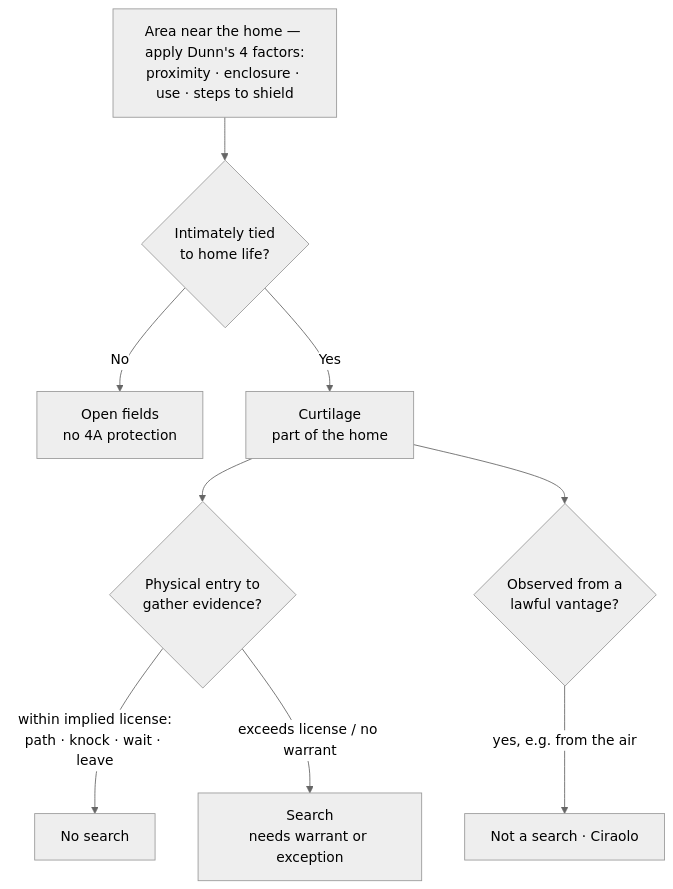
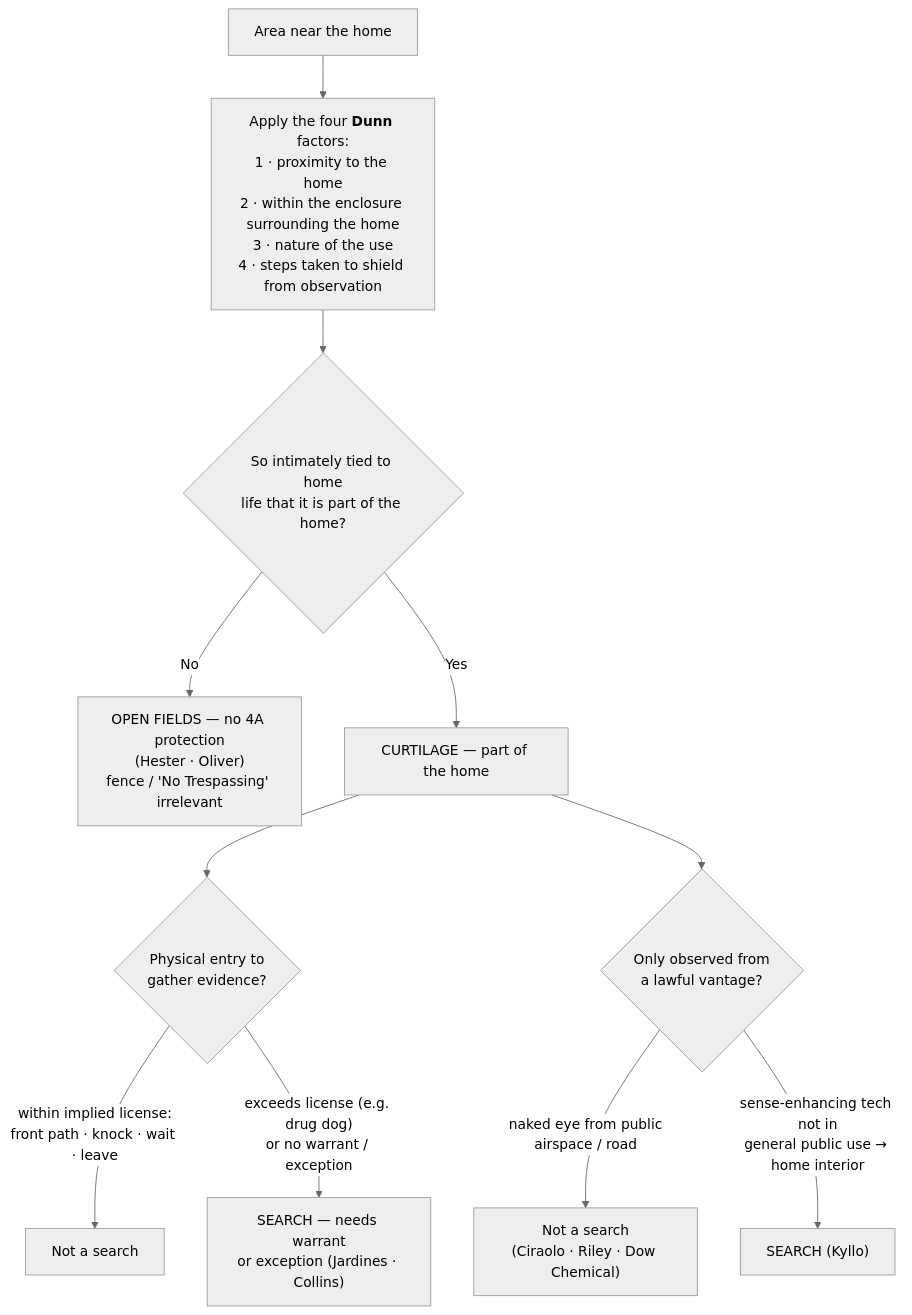
The diagram in content/3-what-is-a-search/Curtilage.md (Enragedsaturday/cssi), drawn with Mermaid (neutral theme) before and after one commit. The commit also changed other lines of this file and 4 other files, not shown here.

````diff
--- a/content/3-what-is-a-search/Curtilage.md
+++ b/content/3-what-is-a-search/Curtilage.md
@@ -74,11 +89,13 @@
 ```mermaid
 flowchart TD
-  B["Area near the home — apply Dunn's 4 factors:<br/>proximity · enclosure · use · steps to shield"] --> C{Intimately tied<br/>to home life?}
-  C -->|No| OF["Open fields<br/>no 4A protection"]
-  C -->|Yes| CU["Curtilage<br/>part of the home"]
-  CU --> E{Physical entry to<br/>gather evidence?}
-  CU --> O{Observed from a<br/>lawful vantage?}
-  E -->|"within implied license:<br/>path · knock · wait · leave"| NS["No search"]
-  E -->|"exceeds license / no warrant"| S["Search<br/>needs warrant or exception"]
-  O -->|"yes, e.g. from the air"| N2["Not a search · Ciraolo"]
+  A["Area near the home"] --> D["Apply the four <b>Dunn</b> factors:<br/>1 · proximity to the home<br/>2 · within the enclosure surrounding the home<br/>3 · nature of the use<br/>4 · steps taken to shield from observation"]
+  D --> Q{"So intimately tied to home<br/>life that it is part of the home?"}
+  Q -->|No| OF["OPEN FIELDS — no 4A protection<br/>(Hester · Oliver)<br/>fence / 'No Trespassing' irrelevant"]
+  Q -->|Yes| CU["CURTILAGE — part of the home"]
+  CU --> E{"Physical entry to<br/>gather evidence?"}
+  CU --> O{"Only observed from<br/>a lawful vantage?"}
+  E -->|"within implied license:<br/>front path · knock · wait · leave"| NS["Not a search"]
+  E -->|"exceeds license (e.g. drug dog)<br/>or no warrant / exception"| S["SEARCH — needs warrant<br/>or exception (Jardines · Collins)"]
+  O -->|"naked eye from public<br/>airspace / road"| N2["Not a search<br/>(Ciraolo · Riley · Dow Chemical)"]
+  O -->|"sense-enhancing tech not in<br/>general public use → home interior"| S2["SEARCH (Kyllo)"]
 ```
````
